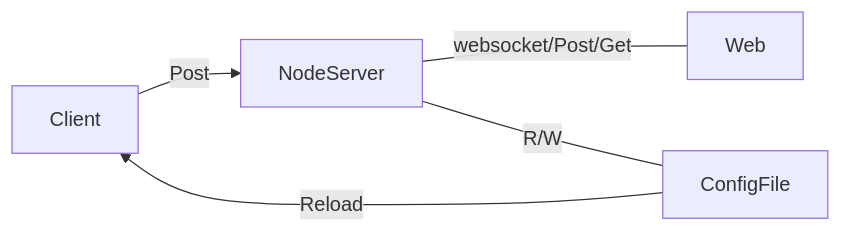
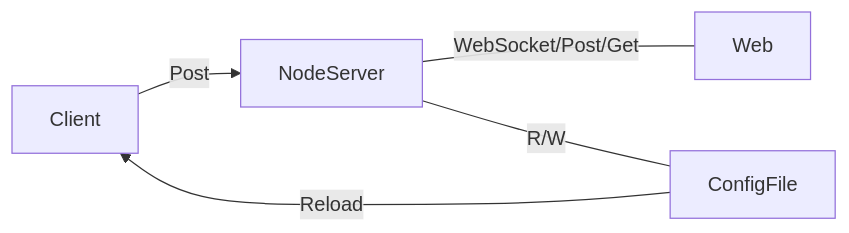
Before and after one commit to pattazl/showKeyBoard: the diagram in README_CN.md, drawn with Mermaid. The commit also changed 1 other file, not shown here.

Commit message:
Update mermaid in README

````diff
--- a/README_CN.md
+++ b/README_CN.md
@@ -68,6 +68,6 @@
 ```mermaid
 graph LR
-Client -->|Post| NodeServer ---|websocket/Post/Get| Web
-NodeServer ---|R/W| ConfigFile
+Client -->|Post|NodeServer ---|WebSocket/Post/Get|Web
+NodeServer ---|R/W|ConfigFile
 ConfigFile -->|Reload|Client
 ```
````
